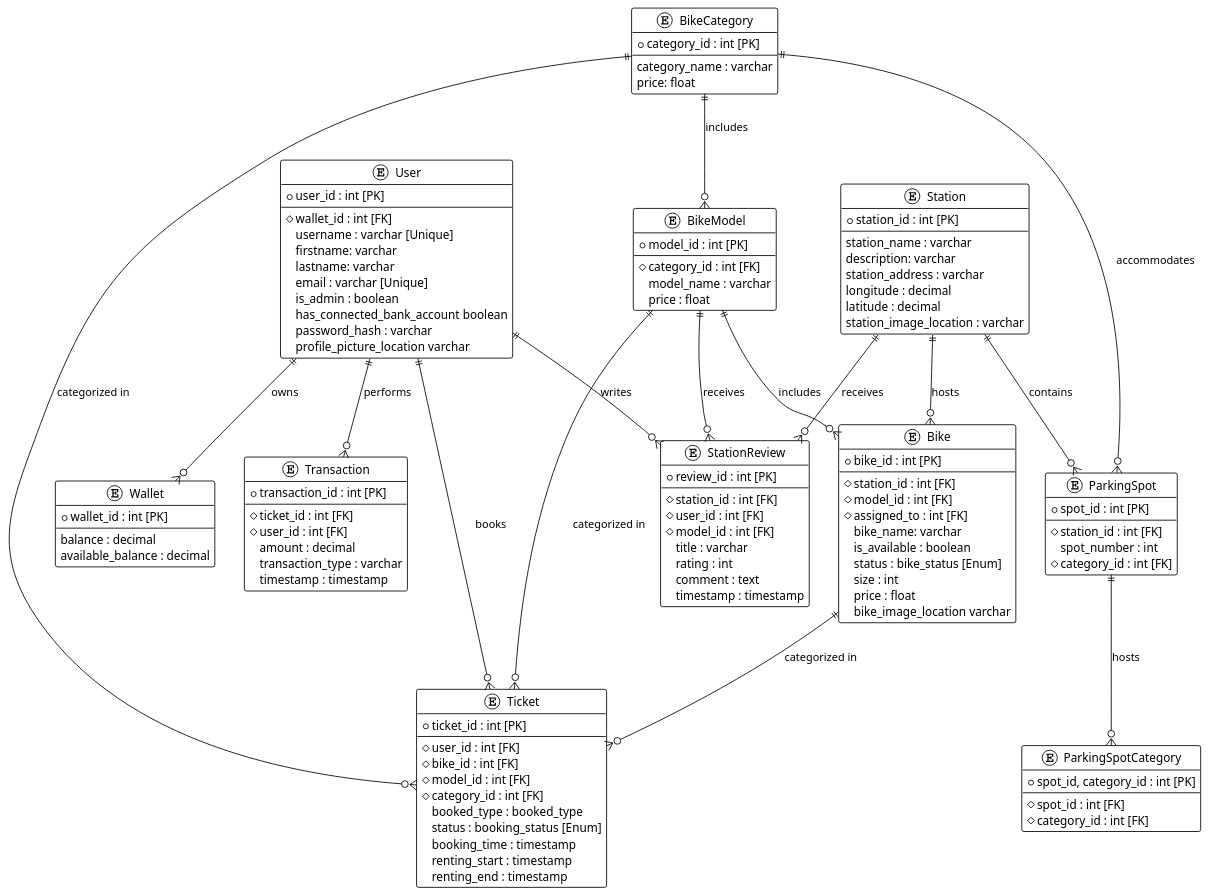
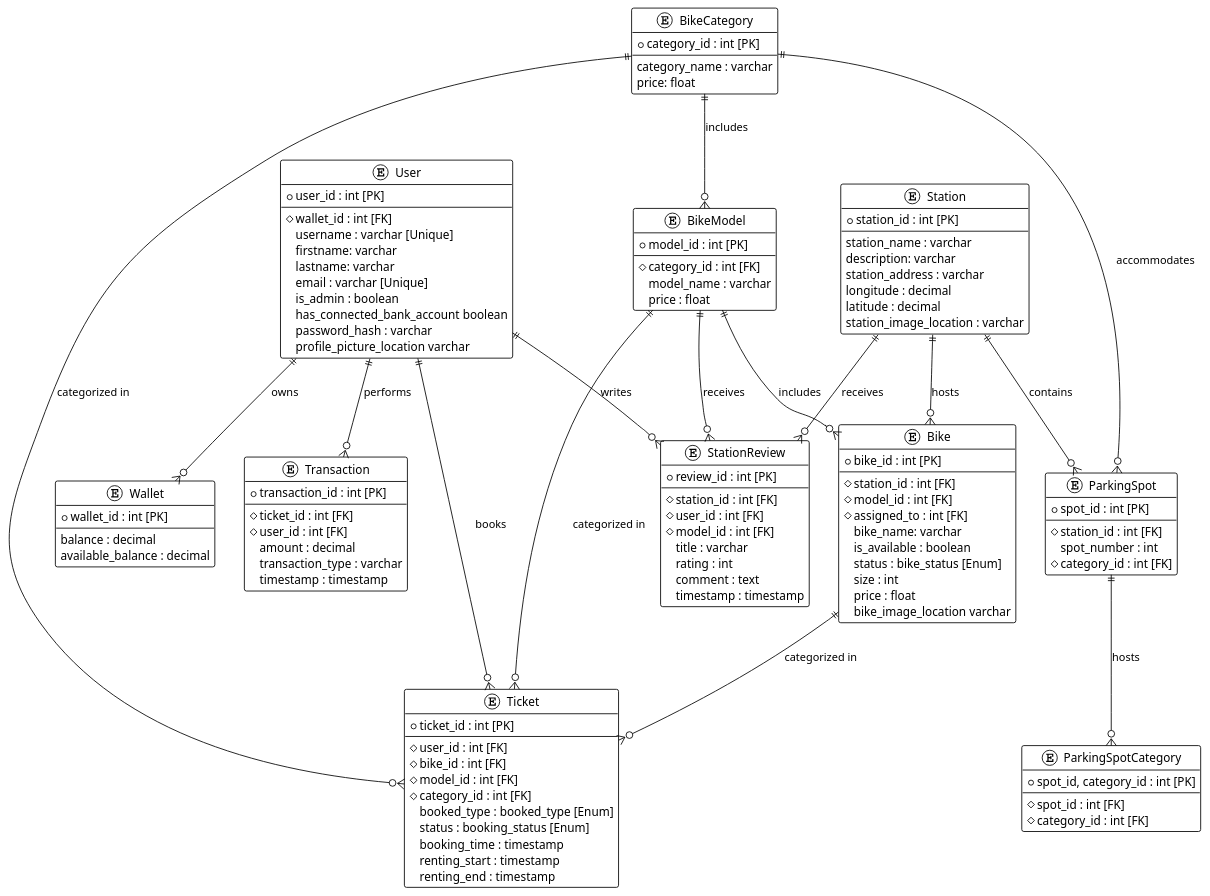
One commit to uni-aau/web-project changed the diagram in database.puml. Above: the diagram before and after it, drawn with PlantUML. The commit also changed 6 other files, not shown here.

```diff
--- a/database.puml
+++ b/database.puml
@@ -1,132 +1,132 @@
 @startuml
 !theme plain
 
 entity "User" {
   +user_id : int [PK]
   --
   #wallet_id : int [FK]
   username : varchar [Unique]
   firstname: varchar
   lastname: varchar
   email : varchar [Unique]
   is_admin : boolean
   has_connected_bank_account boolean
   password_hash : varchar
   profile_picture_location varchar
 }
 
 entity "Wallet" {
   +wallet_id : int [PK]
   --
   balance : decimal
   available_balance : decimal
 }
 
 entity "Station" {
   +station_id : int [PK]
   --
   station_name : varchar
   description: varchar
   station_address : varchar
   longitude : decimal
   latitude : decimal
   station_image_location : varchar
 }
 
 entity "BikeCategory" {
   +category_id : int [PK]
   --
   category_name : varchar
   price: float
 }
 
 entity "BikeModel" {
   +model_id : int [PK]
   --
   #category_id : int [FK]
   model_name : varchar
   price : float
 }
 
 entity "Bike" {
   +bike_id : int [PK]
   --
   #station_id : int [FK]
   #model_id : int [FK]
   #assigned_to : int [FK]
   bike_name: varchar
   is_available : boolean
   status : bike_status [Enum]
   size : int
   price : float
   bike_image_location varchar
 }
 
 entity "ParkingSpot" {
   +spot_id : int [PK]
   --
   #station_id : int [FK]
   spot_number : int
   #category_id : int [FK]
 }
 
 entity "ParkingSpotCategory" {
   +spot_id, category_id : int [PK]
   --
   #spot_id : int [FK]
   #category_id : int [FK]
 }
 
 entity "Ticket" {
   +ticket_id : int [PK]
   --
   #user_id : int [FK]
   #bike_id : int [FK]
   #model_id : int [FK]
   #category_id : int [FK]
-  booked_type : booked_type
+  booked_type : booked_type [Enum]
   status : booking_status [Enum]
   booking_time : timestamp
   renting_start : timestamp
   renting_end : timestamp
 }
 
 entity "Transaction" {
   +transaction_id : int [PK]
   --
   #ticket_id : int [FK]
   #user_id : int [FK]
   amount : decimal
   transaction_type : varchar
   timestamp : timestamp
 }
 
 entity "StationReview" {
   +review_id : int [PK]
   --
   #station_id : int [FK]
   #user_id : int [FK]
   #model_id : int [FK]
   title : varchar
   rating : int
   comment : text
   timestamp : timestamp
 }
 
 User ||--o{ Wallet : "owns"
 User ||--o{ Ticket : "books"
 User ||--o{ Transaction : "performs"
 User ||--o{ StationReview : "writes"
 Station ||--o{ Bike : "hosts"
 Station ||--o{ StationReview : "receives"
 Station ||--o{ ParkingSpot : "contains"
 BikeCategory ||--o{ BikeModel : "includes"
 BikeModel ||--o{ Bike : "includes"
 BikeModel ||--o{ StationReview : "receives"
 BikeCategory ||--o{ Ticket : "categorized in"
 BikeModel ||--o{ Ticket : "categorized in"
 Bike ||--o{ Ticket : "categorized in"
 BikeCategory ||--o{ ParkingSpot : "accommodates"
 ParkingSpot ||--o{ ParkingSpotCategory : "hosts"
 
 @enduml
```
